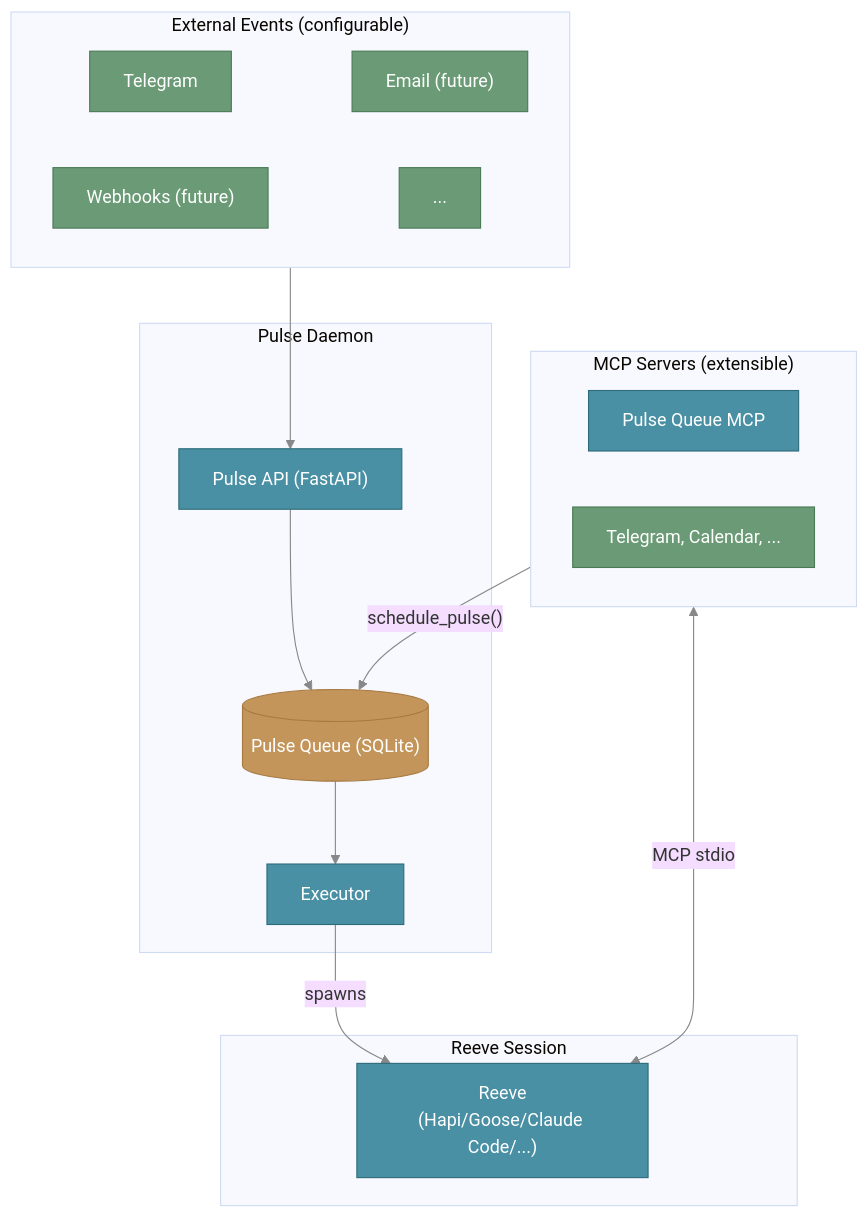
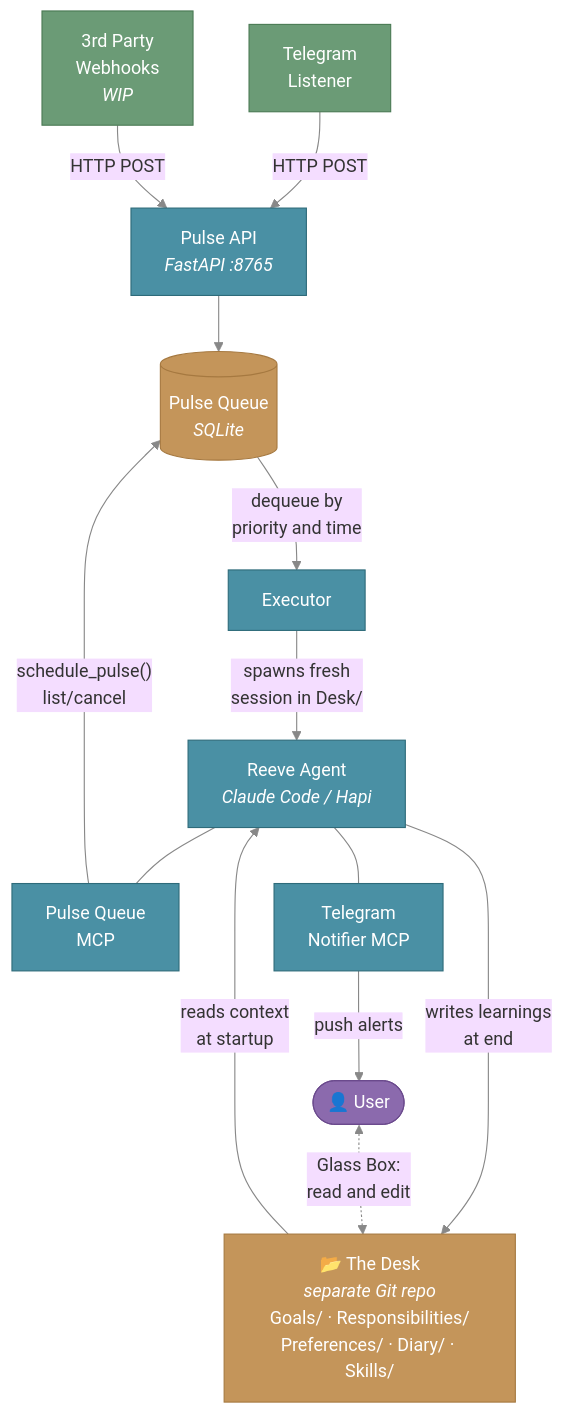
One commit to reubenjohn/reeve_bot changed the second of 2 diagrams in docs/index.md. Above: the diagram before and after it, drawn with Mermaid. The commit also changed other lines of this file, not shown here.

Commit message:
docs: Replace architecture diagram with conceptual + technical pair
The old diagram was purely infrastructure (FastAPI, SQLite, Executor) and
failed to communicate what Reeve is or why it matters. New diagrams:

1. Conceptual Overview: Shows the User, Desk (brain), Push paradigm,
   Pulse cycle, Glass Box principle, and self-scheduling loop
2. Technical Architecture: Refined infrastructure diagram that now
   includes the User and Desk alongside internal components

````diff
--- a/docs/index.md
+++ b/docs/index.md
@@ -58,49 +120,60 @@
 ```mermaid
 %%{init: {'theme': 'base', 'themeVariables': { 'lineColor': '#888'}}}%%
 flowchart TB
-    subgraph events["External Events (configurable)"]
-        direction LR
-        telegram_listener["Telegram"] ~~~ email_listener["Email (future)"]
-        webhooks["Webhooks (future)"] ~~~ more_events["..."]
-    end
+    %% External event sources
+    telegram["Telegram<br/>Listener"]
+    webhooks["3rd Party<br>Webhooks<br/><i>WIP</i>"]
 
-    subgraph daemon["Pulse Daemon"]
-        api["Pulse API (FastAPI)"]
-        queue[("Pulse Queue (SQLite)")]
-        executor["Executor"]
+    %% Pulse Daemon internals
+    api["Pulse API<br/><i>FastAPI :8765</i>"]
+    queue[("Pulse Queue<br/><i>SQLite</i>")]
+    executor["Executor"]
 
-        api --> queue
-        queue --> executor
-    end
+    %% Agent session
+    agent["Reeve Agent<br/><i>Claude Code / Hapi</i>"]
 
-    subgraph mcps["MCP Servers (extensible)"]
-        direction LR
-        pulse_mcp["Pulse Queue MCP"]
-        other_mcp["Telegram, Calendar, ..."]
-    end
+    %% MCP Servers
+    pulse_mcp["Pulse Queue<br/>MCP"]
+    notify_mcp["Telegram<br/>Notifier MCP"]
 
-    subgraph session["Reeve Session"]
-        reeve["Reeve<br/>(Hapi/Goose/Claude Code/...)"]
-    end
+    %% Desk and User
+    DeskRepo["📂 The Desk<br/><i>separate Git repo</i><br/>Goals/ · Responsibilities/<br/>Preferences/ · Diary/ · Skills/"]
+    User(["👤 User"])
 
-    %% External events feed into daemon
-    events --> api
+    %% === FLOW ===
 
-    %% Executor spawns Reeve session
-    executor -- "spawns" --> reeve
+    %% Events to API
+    telegram -- "HTTP POST" --> api
+    webhooks -- "HTTP POST" --> api
 
-    %% Self-scheduling loop
-    pulse_mcp -- "schedule_pulse()" --> queue
+    %% API to Queue to Executor to Agent
+    api --> queue
+    queue -- "dequeue by<br/>priority and time" --> executor
+    executor -- "spawns fresh<br/>session in Desk/" --> agent
 
-    %% Reeve connects to MCP servers
-    mcps <-- "MCP stdio" --> reeve
+    %% Agent uses MCPs
+    agent --- pulse_mcp
+    agent --- notify_mcp
+
+    %% MCP feedback
+    pulse_mcp -- "schedule_pulse()<br/>list/cancel" --> queue
+    notify_mcp -- "push alerts" --> User
+
+    %% Agent <-> Desk
+    DeskRepo -- "reads context<br/>at startup" --> agent
+    agent -- "writes learnings<br/>at end" --> DeskRepo
+
+    %% User <-> Desk (Glass Box)
+    User <-. "Glass Box:<br/>read and edit" .-> DeskRepo
 
     %% Styles
     classDef core fill:#4a90a4,stroke:#2e6b7a,color:#fff
     classDef external fill:#6b9b76,stroke:#4a7a54,color:#fff
     classDef database fill:#c4955a,stroke:#a67940,color:#fff
+    classDef user fill:#8b6aad,stroke:#6b4a8d,color:#fff
 
-    class api,executor,reeve,pulse_mcp core
-    class telegram_listener,email_listener,webhooks,more_events,other_mcp external
-    class queue database
+    class api,executor,agent,pulse_mcp,notify_mcp core
+    class telegram,webhooks external
+    class queue,DeskRepo database
+    class User user
 ```
````
